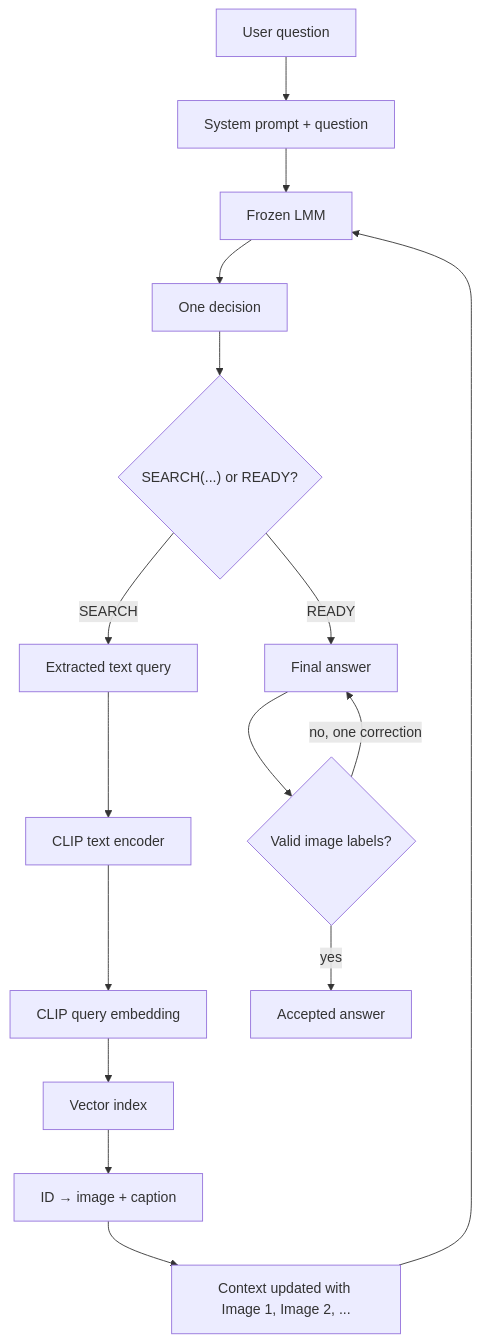
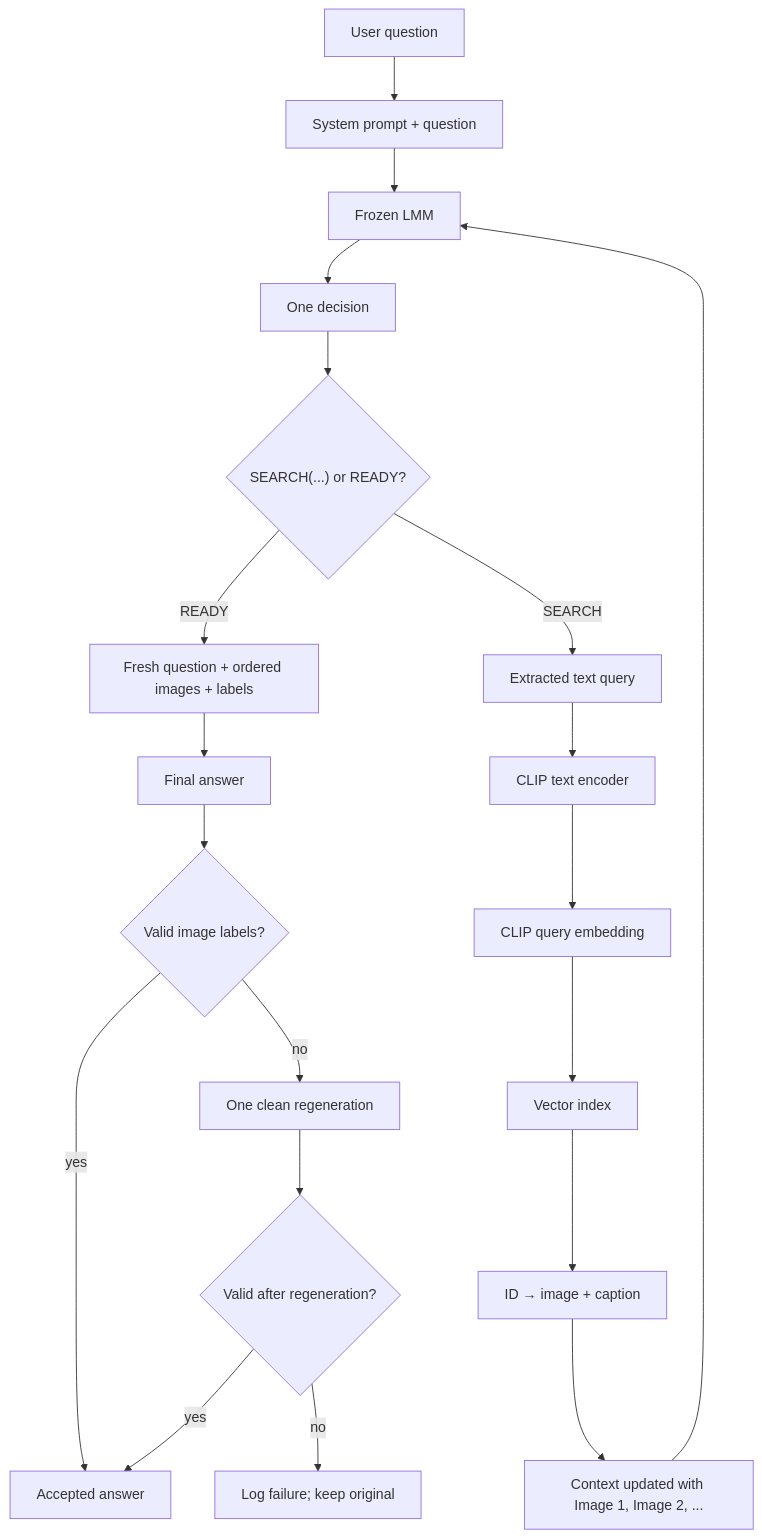
One commit to danielcarpitella/agentic-mm-rag changed the second of 2 diagrams in docs/ARCHITECTURE.md. Above: the diagram before and after it, drawn with Mermaid. The commit also changed other lines of this file and 4 other files, not shown here.

````diff
--- a/docs/ARCHITECTURE.md
+++ b/docs/ARCHITECTURE.md
@@ -169,22 +175,28 @@
 ```mermaid
 flowchart TD
     Question["User question"]
     Context["System prompt + question"]
     LMM["Frozen LMM"]
     Decision["One decision"]
     Search{"SEARCH(...) or READY?"}
+    CleanFinal["Fresh question + ordered images + labels"]
     Final["Final answer"]
     Validate{"Valid image labels?"}
+    Retry["One clean regeneration"]
+    RetryValidate{"Valid after regeneration?"}
+    Failed["Log failure; keep original"]
     Query["Extracted text query"]
     ClipText["CLIP text encoder"]
     QueryEmbedding["CLIP query embedding"]
     Faiss["Vector index"]
     Hits["ID → image + caption"]
     NewContext["Context updated with Image 1, Image 2, ..."]
 
     Question --> Context --> LMM --> Decision --> Search
-    Search -->|READY| Final --> Validate
+    Search -->|READY| CleanFinal --> Final --> Validate
     Search -->|SEARCH| Query --> ClipText --> QueryEmbedding --> Faiss --> Hits --> NewContext --> LMM
     Validate -->|yes| Accepted["Accepted answer"]
-    Validate -->|"no, one correction"| Final
+    Validate -->|no| Retry --> RetryValidate
+    RetryValidate -->|yes| Accepted
+    RetryValidate -->|no| Failed
 ```
````
